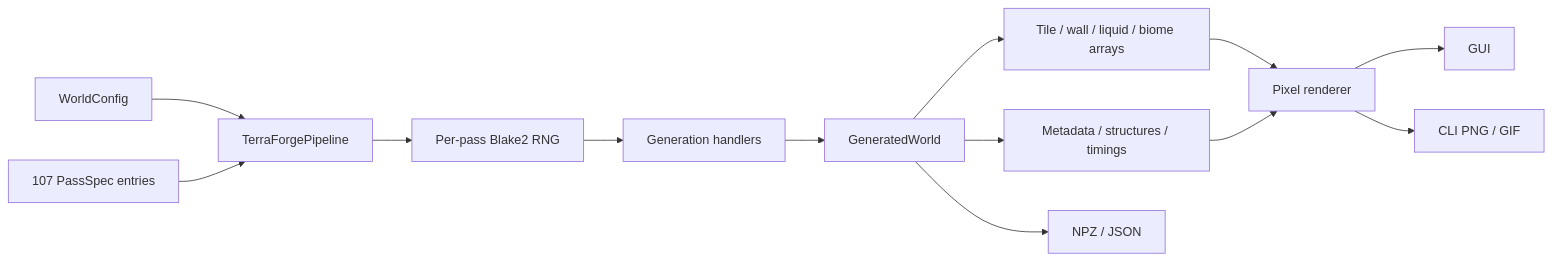
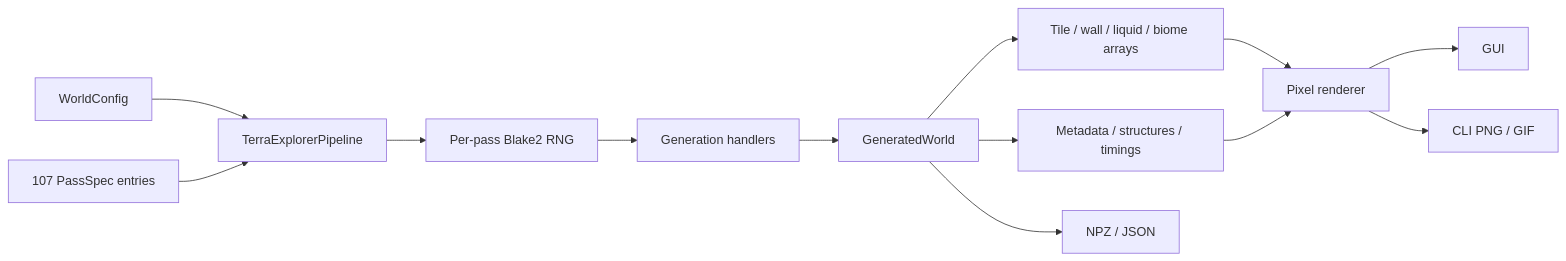
One commit to IsolatedSingularity/Terraria-Generation changed the diagram in docs/ARCHITECTURE.md. Above: the diagram before and after it, drawn with Mermaid. The commit also changed other lines of this file and 71 other files, not shown here.

````diff
--- a/docs/ARCHITECTURE.md
+++ b/docs/ARCHITECTURE.md
@@ -7,15 +7,15 @@
 ```mermaid
 flowchart LR
-    C["WorldConfig"] --> P["TerraForgePipeline"]
+    C["WorldConfig"] --> P["TerraExplorerPipeline"]
     S["107 PassSpec entries"] --> P
     P --> R["Per-pass Blake2 RNG"]
     R --> H["Generation handlers"]
     H --> W["GeneratedWorld"]
     W --> A["Tile / wall / liquid / biome arrays"]
     W --> M["Metadata / structures / timings"]
     A --> V["Pixel renderer"]
     M --> V
     W --> N["NPZ / JSON"]
     V --> G["GUI"]
     V --> L["CLI PNG / GIF"]
 ```
````
